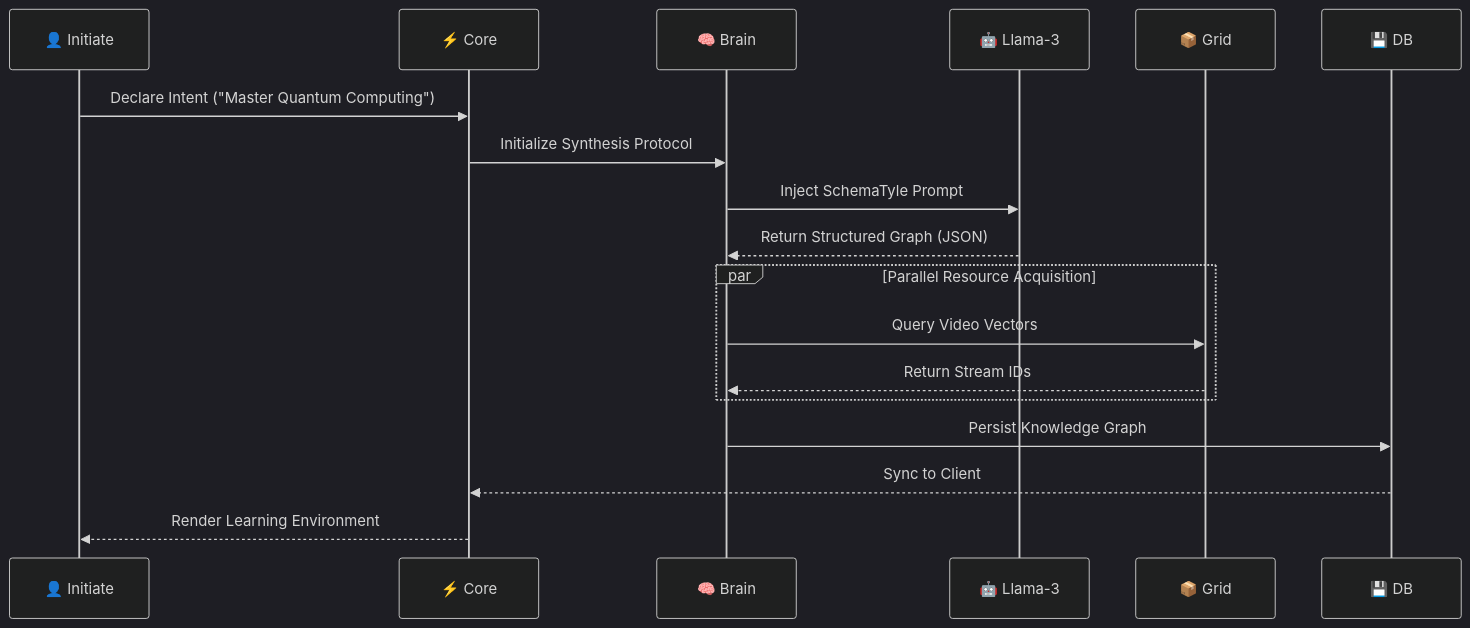
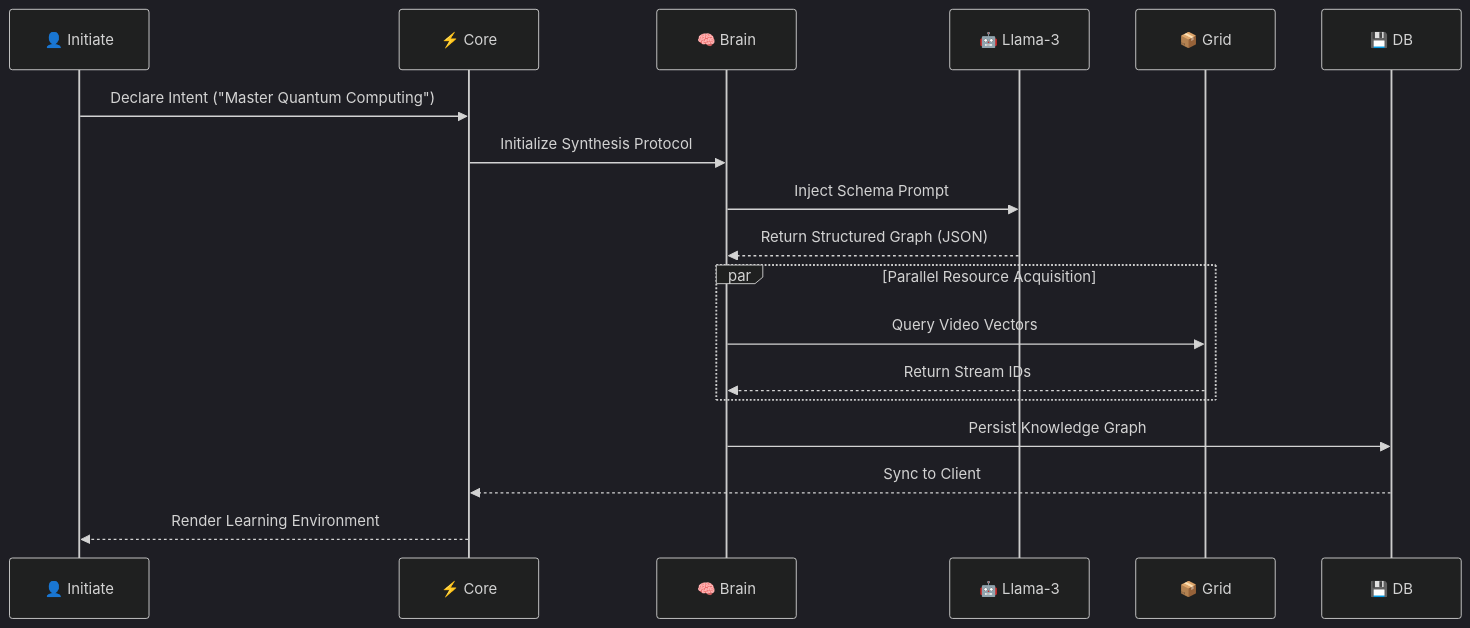
One commit to dhanasai2/SovreignyX_Final changed the first of 3 diagrams in README.md. Above: the diagram before and after it, drawn with Mermaid. The commit also changed other lines of this file, not shown here.

````diff
--- a/README.md
+++ b/README.md
@@ -158,24 +311,24 @@
 ```mermaid
 %%{init: {'theme': 'dark', 'themeVariables': { 'darkMode': true, 'fontFamily': 'monospace', 'primaryColor': '#1a2a6c', 'edgeLabelBackground':'#000' }}}%%
 sequenceDiagram
     participant User as 👤 Initiate
     participant Scion_Core as ⚡ Core
     participant Neural_Engine as 🧠 Brain
     participant Groq_LLM as 🤖 Llama-3
     participant Content_Grid as 📦 Grid
     participant Supabase_DB as 💾 DB
 
     User->>Scion_Core: Declare Intent ("Master Quantum Computing")
     Scion_Core->>Neural_Engine: Initialize Synthesis Protocol
-    Neural_Engine->>Groq_LLM: Inject SchemaTyle Prompt
+    Neural_Engine->>Groq_LLM: Inject Schema Prompt
     Groq_LLM-->>Neural_Engine: Return Structured Graph (JSON)
-    
+
     par Parallel Resource Acquisition
         Neural_Engine->>Content_Grid: Query Video Vectors
         Content_Grid-->>Neural_Engine: Return Stream IDs
     end
-    
+
     Neural_Engine->>Supabase_DB: Persist Knowledge Graph
     Supabase_DB-->>Scion_Core: Sync to Client
     Scion_Core-->>User: Render Learning Environment
 ```
````
